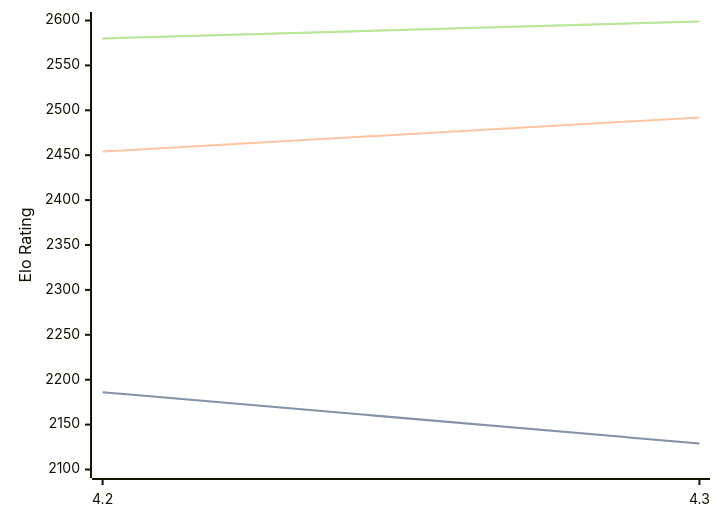
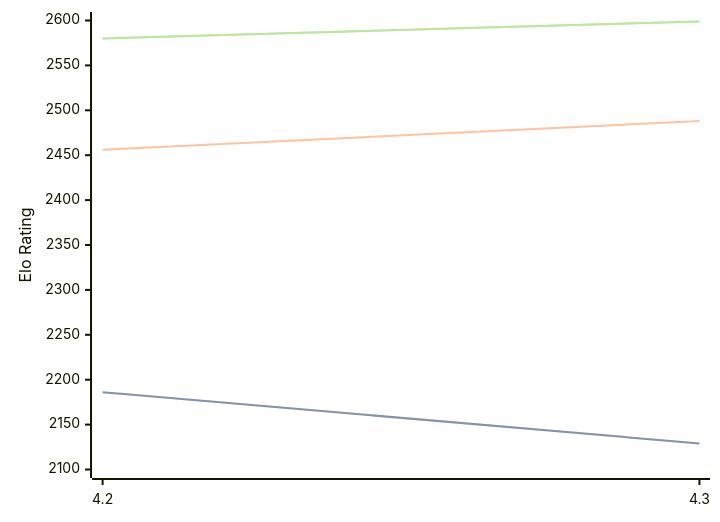
Before and after one commit to computer-chess-index/cci: the diagram in engines/Eubos.md, drawn with Mermaid. The commit also changed other lines of this file, not shown here.

````diff
--- a/engines/Eubos.md
+++ b/engines/Eubos.md
@@ -88,11 +88,11 @@
 ```mermaid
 %%{init: {"theme":"base","themeVariables":{"seriesColors:['#a3a3a3','#222221','#faa371']}}}%%
 xychart-beta
   x-axis ["4.2", "4.3"]
   y-axis "Elo Rating" 2100 --> 2600
   line "STC (8.0+0.08s)" [2186, 2129]
   line "STC (8.0+0.08s)" [2186, 2129]
-  line "LTC (60.0+0.60s)" [2454, 2492]
+  line "LTC (60.0+0.60s)" [2456, 2488]
   line "VLTC (2m24s+1.12s)" [2580, 2599]
   line "VLTC (2m24s+1.12s)" [2580, 2599]
 ```
````
